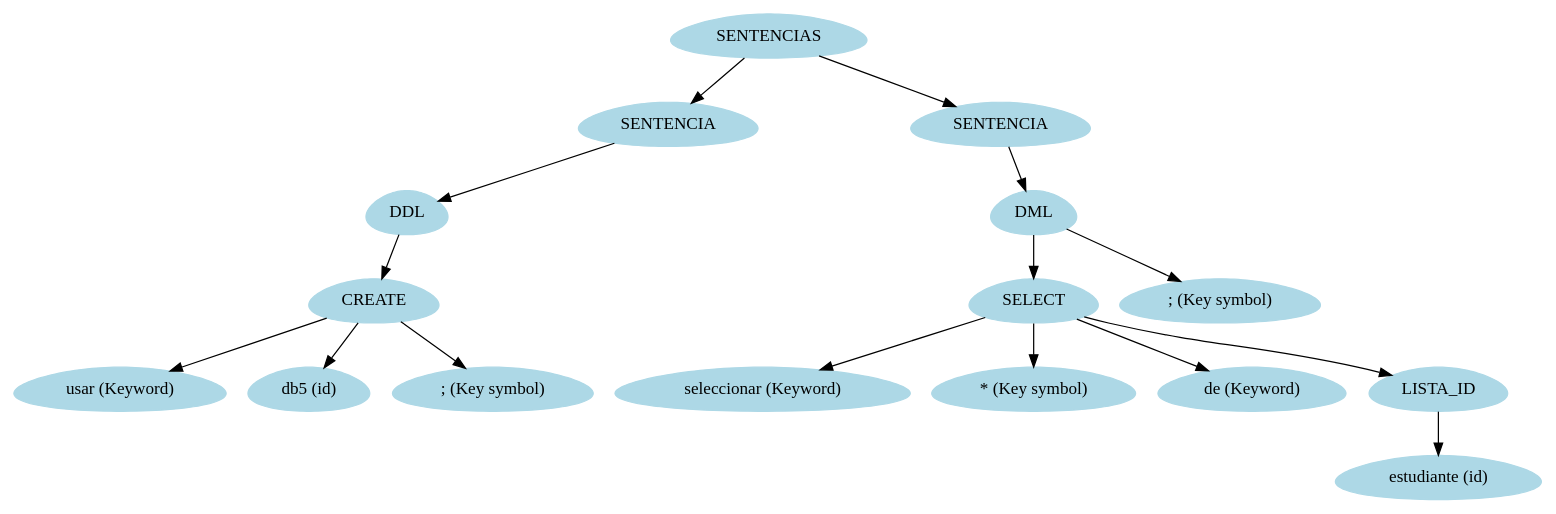
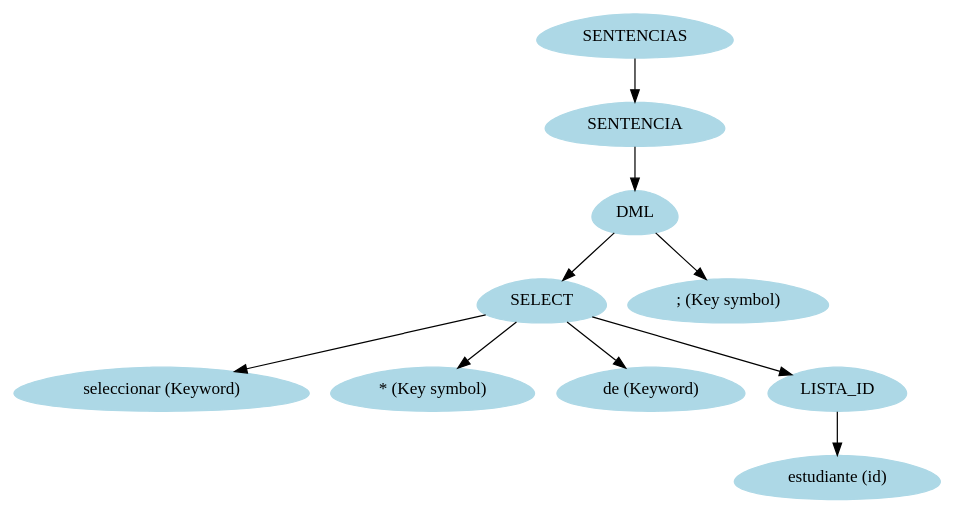
The diagram in [OLC2]Proyecto1_201325583/ServidorDB/bin/Debug/arbolAst.dot (Losajhonny/FI-SQL), drawn with Graphviz before and after one commit. The commit also changed 26 other files, not shown here.

```diff
--- a/[OLC2]Proyecto1_201325583/ServidorDB/bin/Debug/arbolAst.dot
+++ b/[OLC2]Proyecto1_201325583/ServidorDB/bin/Debug/arbolAst.dot
@@ -1,34 +1,22 @@
 digraph grafo{
 node [shape = egg];
-19246503[label="SENTENCIAS", style = filled, color = lightblue];
-58755095[label="SENTENCIA", style = filled, color = lightblue];
-19246503->58755095;
-59312528[label="DDL", style = filled, color = lightblue];
-58755095->59312528;
-1680021[label="CREATE", style = filled, color = lightblue];
-59312528->1680021;
-28560362[label="usar (Keyword)", style = filled, color = lightblue];
-1680021->28560362;
-15764116[label="db5 (id)", style = filled, color = lightblue];
-1680021->15764116;
-66663381[label="; (Key symbol)", style = filled, color = lightblue];
-1680021->66663381;
-59535667[label="SENTENCIA", style = filled, color = lightblue];
-19246503->59535667;
-5473394[label="DML", style = filled, color = lightblue];
-59535667->5473394;
-25938836[label="SELECT", style = filled, color = lightblue];
-5473394->25938836;
-38307039[label="seleccionar (Keyword)", style = filled, color = lightblue];
-25938836->38307039;
-47239894[label="* (Key symbol)", style = filled, color = lightblue];
-25938836->47239894;
-64880701[label="de (Keyword)", style = filled, color = lightblue];
-25938836->64880701;
-29230105[label="LISTA_ID", style = filled, color = lightblue];
-25938836->29230105;
-27149741[label="estudiante (id)", style = filled, color = lightblue];
-29230105->27149741;
-58892413[label="; (Key symbol)", style = filled, color = lightblue];
-5473394->58892413;
+3927761[label="SENTENCIAS", style = filled, color = lightblue];
+66771947[label="SENTENCIA", style = filled, color = lightblue];
+3927761->66771947;
+61381290[label="DML", style = filled, color = lightblue];
+66771947->61381290;
+36848977[label="SELECT", style = filled, color = lightblue];
+61381290->36848977;
+22452836[label="seleccionar (Keyword)", style = filled, color = lightblue];
+36848977->22452836;
+46153895[label="* (Key symbol)", style = filled, color = lightblue];
+36848977->46153895;
+46418718[label="de (Keyword)", style = filled, color = lightblue];
+36848977->46418718;
+50920718[label="LISTA_ID", style = filled, color = lightblue];
+36848977->50920718;
+60345850[label="estudiante (id)", style = filled, color = lightblue];
+50920718->60345850;
+19246503[label="; (Key symbol)", style = filled, color = lightblue];
+61381290->19246503;
 }
```
